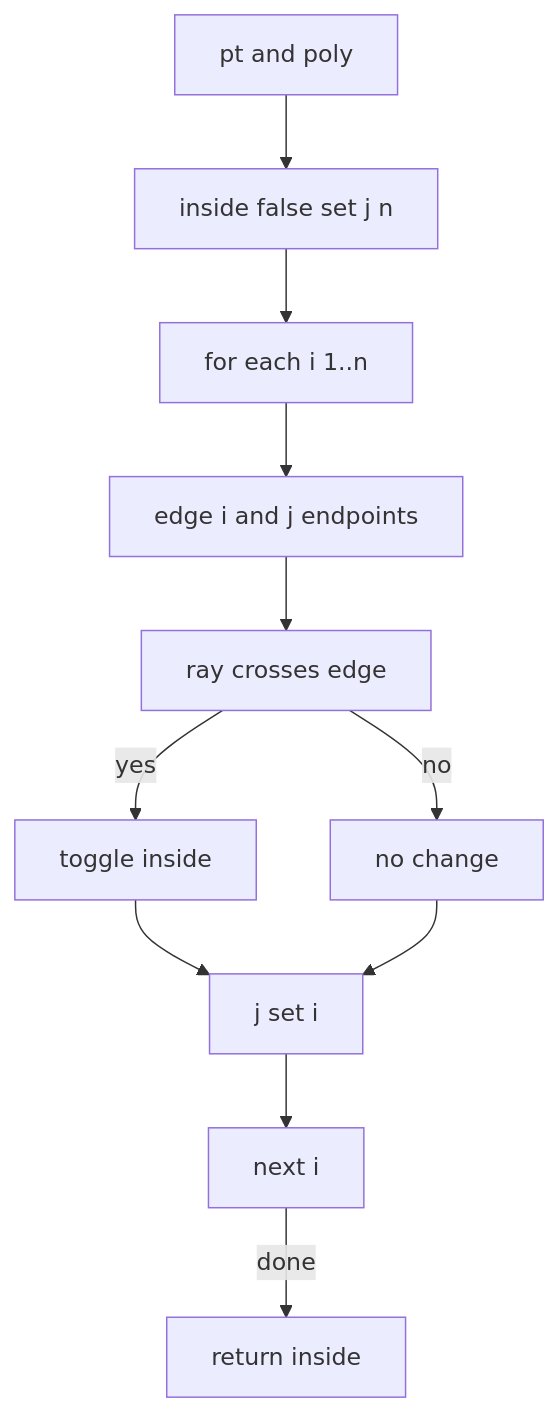
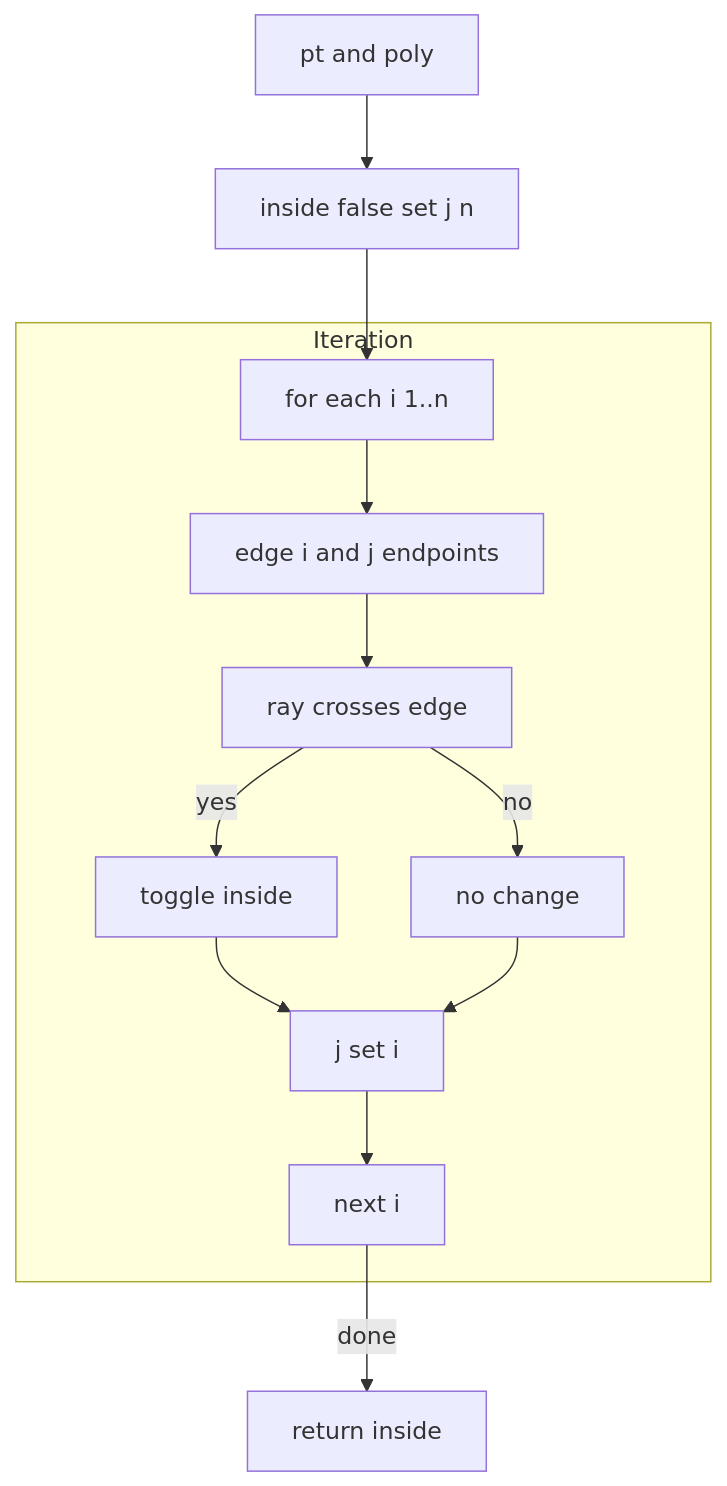
Before and after one commit to Gh0st352/AETHR: the first of 4 diagrams in docs/poly/point_in_polygon_and_overlap.md, drawn with Mermaid. The commit also changed other lines of this file and 9 other files, not shown here.

First line of the commit message:
docs(poly): improve README headings and mermaid diagrams

````diff
--- a/docs/poly/point_in_polygon_and_overlap.md
+++ b/docs/poly/point_in_polygon_and_overlap.md
@@ -18,13 +18,29 @@
 ```mermaid
+%% shared theme: docs/_mermaid/theme.json %%
 flowchart TD
   IN[pt and poly] --> INIT[inside false set j n]
   INIT --> LOOP[for each i 1..n]
   LOOP --> EDGE[edge i and j endpoints]
   EDGE --> CROSS[ray crosses edge]
   CROSS -->|yes| TOG[toggle inside]
   CROSS -->|no| KEEP[no change]
   TOG --> ADV[j set i]
   KEEP --> ADV
   ADV --> NEXT[next i]
   NEXT -->|done| OUT[return inside]
+
+  subgraph "Iteration"
+    LOOP
+    EDGE
+    CROSS
+    TOG
+    KEEP
+    ADV
+    NEXT
+  end
+
+  class IN class_io;
+  class INIT,LOOP,EDGE,TOG,KEEP,ADV,NEXT class_step;
+  class CROSS class_decision;
+  class OUT class_result;
 ```
````
